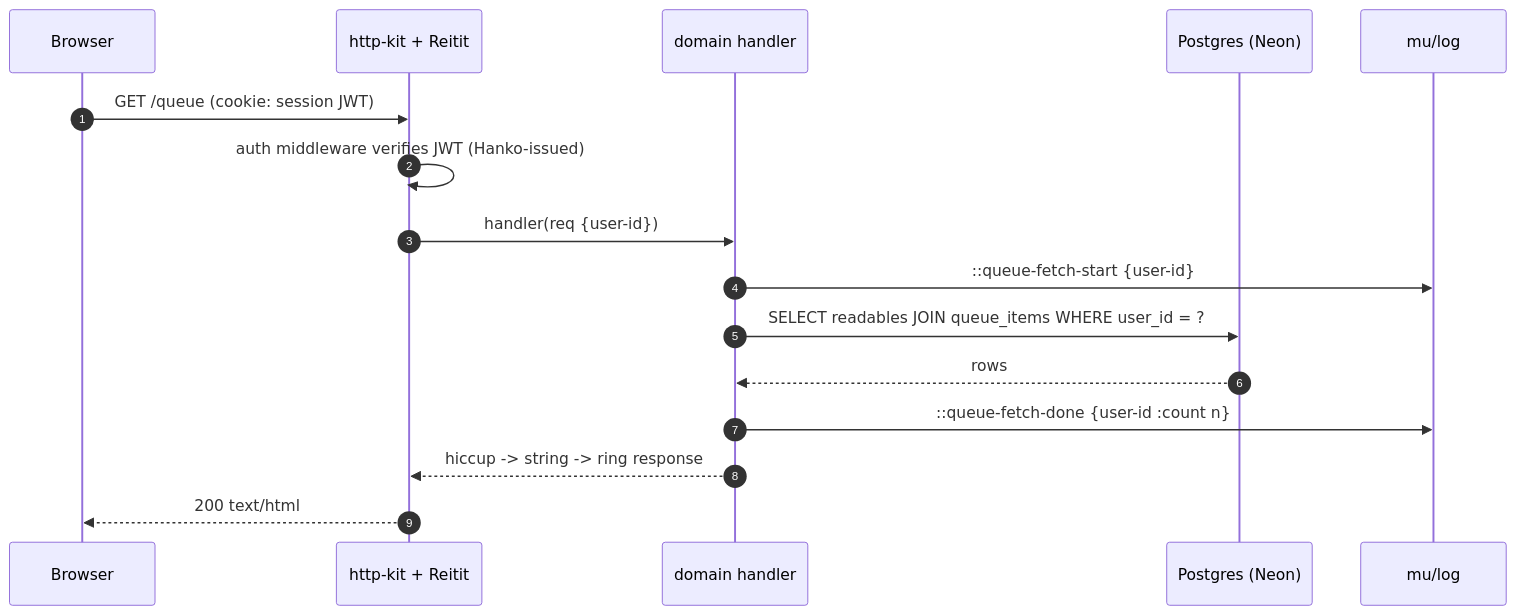
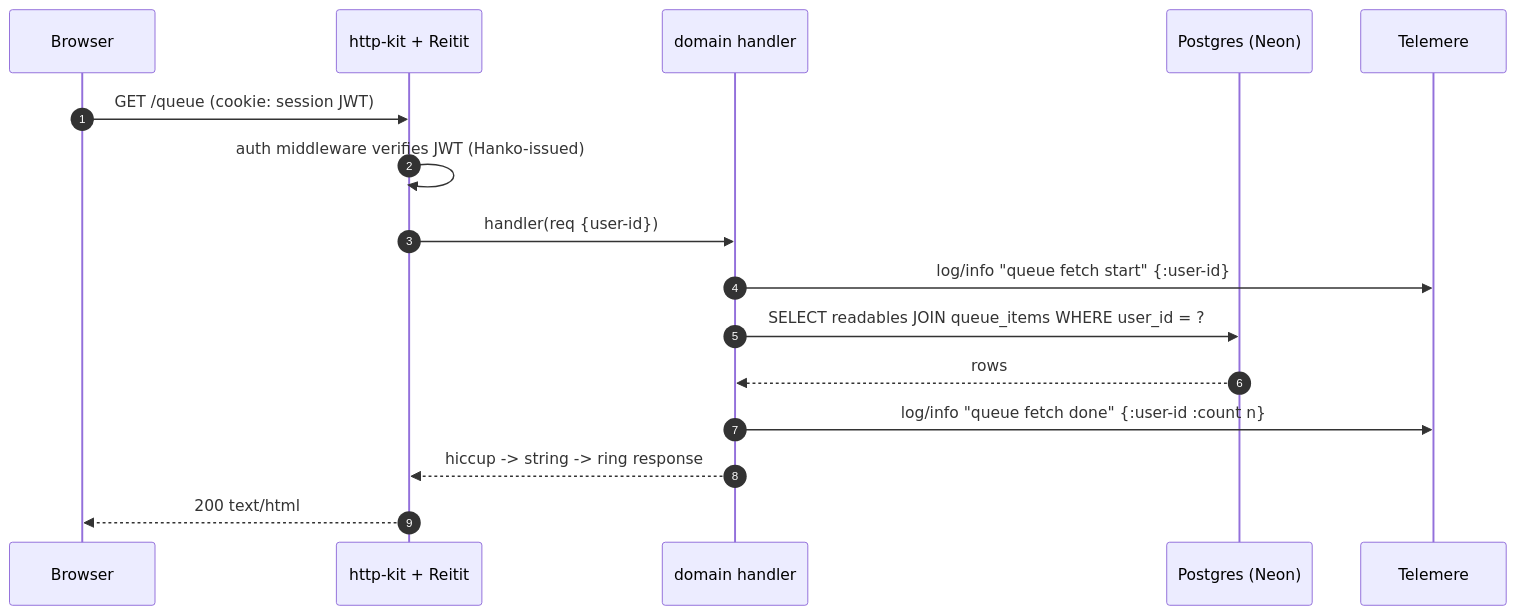
Before and after one commit to kirahowe/reader: the second of 4 diagrams in docs/architecture.md, drawn with Mermaid. The commit also changed other lines of this file and 13 other files, not shown here.

````diff
--- a/docs/architecture.md
+++ b/docs/architecture.md
@@ -127,19 +127,19 @@
 ```mermaid
 sequenceDiagram
   autonumber
   participant B as Browser
   participant H as http-kit + Reitit
   participant D as domain handler
   participant DB as Postgres (Neon)
-  participant L as mu/log
+  participant L as Telemere
 
   B->>H: GET /queue (cookie: session JWT)
   H->>H: auth middleware verifies JWT (Hanko-issued)
   H->>D: handler(req {user-id})
-  D->>L: ::queue-fetch-start {user-id}
+  D->>L: log/info "queue fetch start" {:user-id}
   D->>DB: SELECT readables JOIN queue_items WHERE user_id = ?
   DB-->>D: rows
-  D->>L: ::queue-fetch-done {user-id :count n}
+  D->>L: log/info "queue fetch done" {:user-id :count n}
   D-->>H: hiccup -> string -> ring response
   H-->>B: 200 text/html
 ```
````
